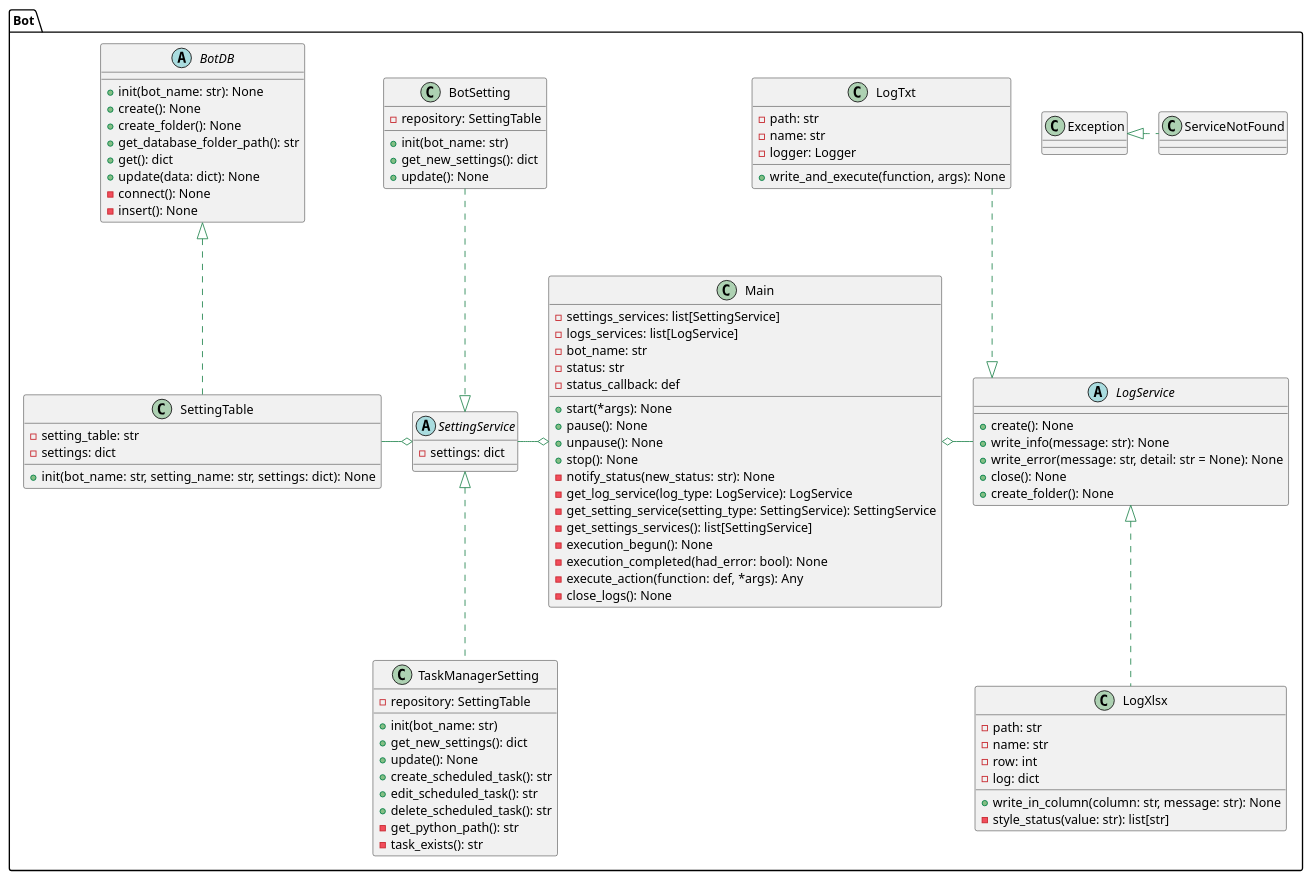
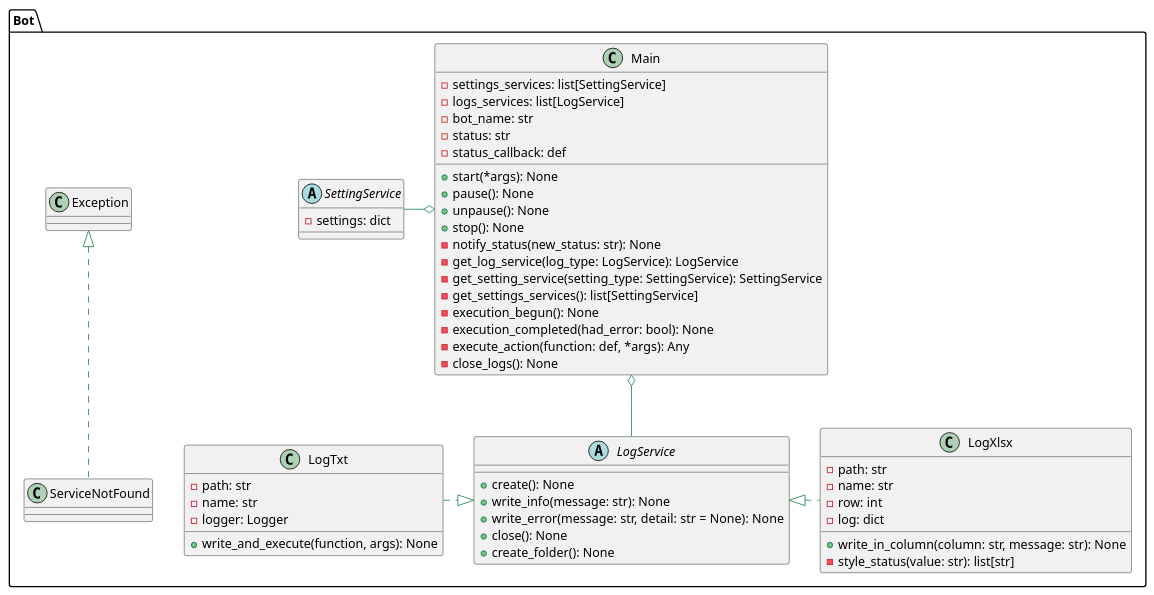
One commit to Gabs343/Template-bot changed the diagram in diagram.puml. Above: the diagram before and after it, drawn with PlantUML. The commit also changed 3 other files, not shown here.

Commit message:
files without database and task manager

```diff
--- a/diagram.puml
+++ b/diagram.puml
@@ -1,111 +1,70 @@
 @startuml  
 skinparam {
     linetype ortho
     ArrowColor SeaGreen
 }
 
 package Bot{
     class Exception{}
     class ServiceNotFound{}
 
     class Main{
         - settings_services: list[SettingService]
         - logs_services: list[LogService]
         - bot_name: str
         - status: str
         - status_callback: def
         + start(*args): None
         + pause(): None
         + unpause(): None
         + stop(): None
         - notify_status(new_status: str): None
         - get_log_service(log_type: LogService): LogService
         - get_setting_service(setting_type: SettingService): SettingService
         - get_settings_services(): list[SettingService]
         - execution_begun(): None
         - execution_completed(had_error: bool): None
         - execute_action(function: def, *args): Any
         - close_logs(): None
     }
 
-    abstract BotDB{
-        + init(bot_name: str): None
-        + create(): None
-        + create_folder(): None
-        + get_database_folder_path(): str
-        + get(): dict
-        + update(data: dict): None
-        - connect(): None
-        - insert(): None
-    }
-
-    class SettingTable{
-        - setting_table: str
-        - settings: dict
-        + init(bot_name: str, setting_name: str, settings: dict): None
-    }
-
     abstract SettingService{
         - settings: dict
-    }
-    class BotSetting{
-        - repository: SettingTable
-        + init(bot_name: str)
-        + get_new_settings(): dict
-        + update(): None
-    }
-
-    class TaskManagerSetting{
-        - repository: SettingTable
-        + init(bot_name: str)
-        + get_new_settings(): dict
-        + update(): None
-        + create_scheduled_task(): str
-        + edit_scheduled_task(): str
-        + delete_scheduled_task(): str
-        - get_python_path(): str
-        - task_exists(): str
     }
 
     abstract LogService{
         + create(): None
         + write_info(message: str): None
         + write_error(message: str, detail: str = None): None
         + close(): None
         + create_folder(): None
     }
 
     class LogTxt{
         - path: str
         - name: str
         - logger: Logger
 
         + write_and_execute(function, args): None
     }
 
     class LogXlsx{
         - path: str
         - name: str
         - row: int
         - log: dict
 
         + write_in_column(column: str, message: str): None
         - style_status(value: str): list[str]
     }
 }
 
 Main o-left- SettingService
-Main o-right- LogService
+Main o-down- LogService
 
-BotDB <|.. SettingTable
+LogService <|.left. LogTxt
+LogService <|.right. LogXlsx
 
-SettingService o-left- SettingTable
-SettingService <|.up. BotSetting
-SettingService <|.. TaskManagerSetting
-
-LogService <|.up. LogTxt
-LogService <|.. LogXlsx
-
-Exception <|.right. ServiceNotFound
+Exception <|.. ServiceNotFound
 
 @enduml 
```
